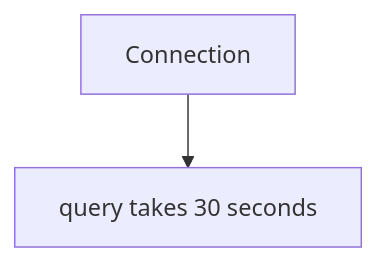
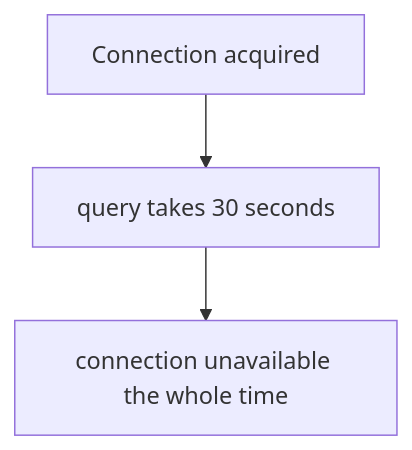
Before and after one commit to pankajThakur1874/studysheet: the tenth of 29 diagrams in files/08-edge-cases/Tier-1-Production-Failures.md, drawn with Mermaid. The commit also changed other lines of this file and 5 other files, not shown here.

````diff
--- a/files/08-edge-cases/Tier-1-Production-Failures.md
+++ b/files/08-edge-cases/Tier-1-Production-Failures.md
@@ -378,4 +453,4 @@
 ```mermaid
 flowchart TD
-    A["Connection"] --> B["query takes 30 seconds"]
+    A["Connection acquired"] --> B["query takes 30 seconds"] --> C["connection unavailable the whole time"]
 ```
````
